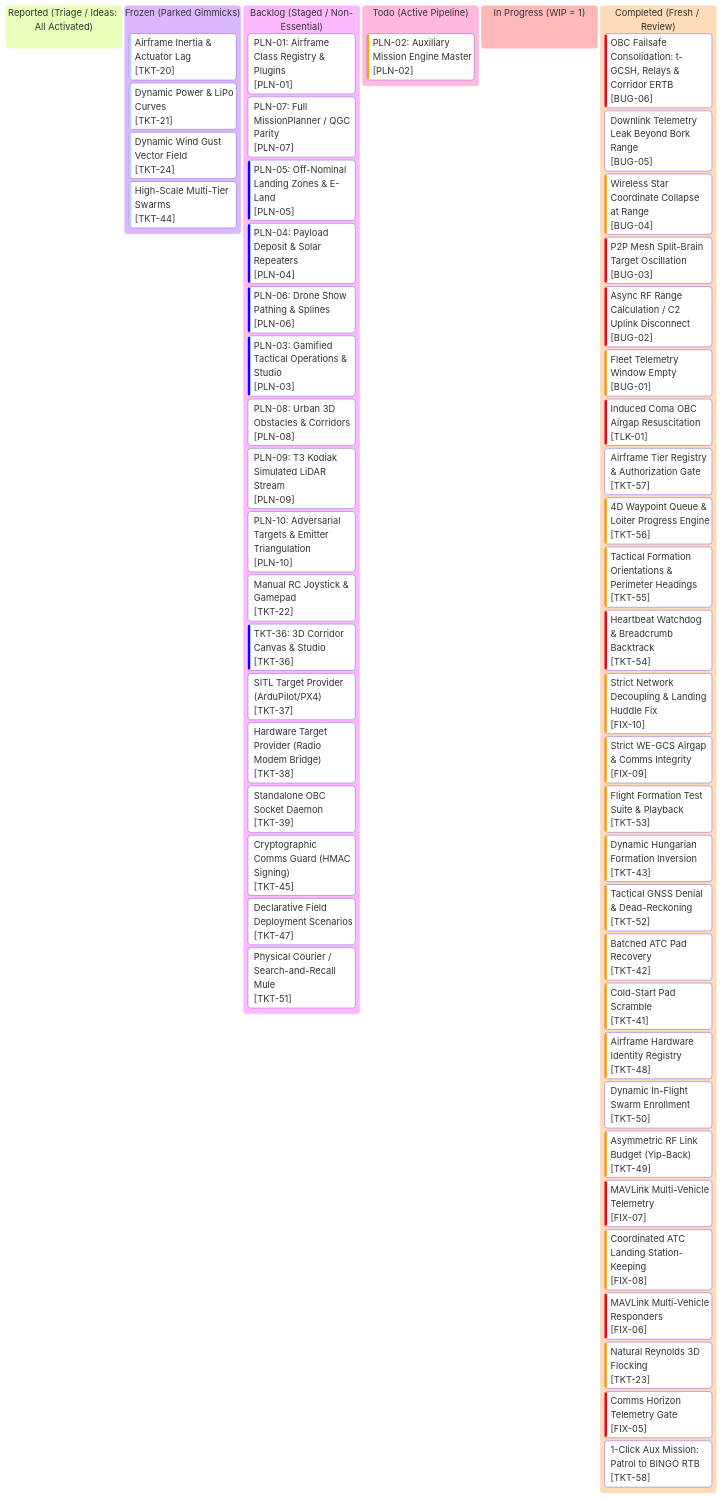
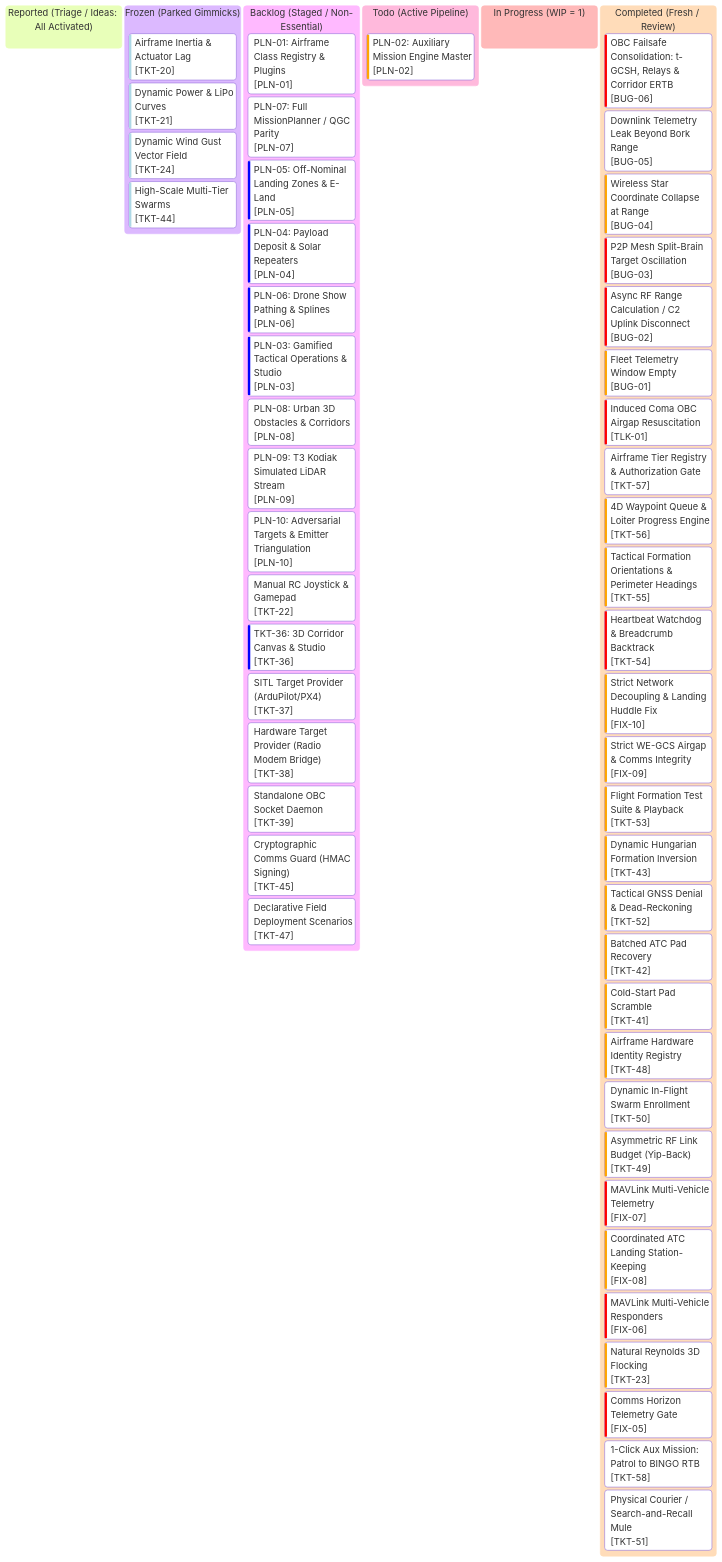
Before and after one commit to AlitheiaDeus/AlitheiaHive: the diagram in roadmap/kanban.md, drawn with Mermaid. The commit also changed other lines of this file and 12 other files, not shown here.

Commit message:
feat(c2): search-and-recall courier rescue mule to LKP (TKT-51)

````diff
--- a/roadmap/kanban.md
+++ b/roadmap/kanban.md
@@ -10,78 +10,78 @@
 ```mermaid
 %%{init: {
   'theme': 'base',
   'themeVariables': {
     'primaryColor': '#0d2235',
     'primaryTextColor': '#d4f4ff',
     'primaryBorderColor': '#00f0ff',
     'lineColor': '#00f0ff',
     'background': '#061019',
     'mainBkg': '#0a1926',
     'secondaryColor': '#081420',
     'secondaryTextColor': '#5a7e96',
     'secondaryBorderColor': '#134e6f',
     'tertiaryColor': '#0e263d',
     'tertiaryTextColor': '#00ffaa',
     'tertiaryBorderColor': '#00ffaa',
     'clusterBkg': '#081420',
     'clusterBorder': '#134e6f',
     'fontFamily': "'JetBrains Mono', 'Courier New', monospace"
   }
 }}%%
 kanban
   reported["Reported (Triage / Ideas: All Activated)"]
   frozen["Frozen (Parked Gimmicks)"]
     tkt20["Airframe Inertia & Actuator Lag"]@{ ticket: '[TKT-20]', priority: 'Very Low' }
     tkt21["Dynamic Power & LiPo Curves"]@{ ticket: '[TKT-21]', priority: 'Very Low' }
     tkt24["Dynamic Wind Gust Vector Field"]@{ ticket: '[TKT-24]', priority: 'Very Low' }
     tkt44["High-Scale Multi-Tier Swarms"]@{ ticket: '[TKT-44]', priority: 'Very Low' }
   backlog["Backlog (Staged / Non-Essential)"]
     pln01["PLN-01: Airframe Class Registry & Plugins"]@{ ticket: '[PLN-01]', priority: 'Medium' }
     pln07["PLN-07: Full MissionPlanner / QGC Parity"]@{ ticket: '[PLN-07]', priority: 'Medium' }
     pln05["PLN-05: Off-Nominal Landing Zones & E-Land"]@{ ticket: '[PLN-05]', priority: 'Low' }
     pln04["PLN-04: Payload Deposit & Solar Repeaters"]@{ ticket: '[PLN-04]', priority: 'Low' }
     pln06["PLN-06: Drone Show Pathing & Splines"]@{ ticket: '[PLN-06]', priority: 'Low' }
     pln03["PLN-03: Gamified Tactical Operations & Studio"]@{ ticket: '[PLN-03]', priority: 'Low' }
     pln08["PLN-08: Urban 3D Obstacles & Corridors"]@{ ticket: '[PLN-08]', priority: 'Medium' }
     pln09["PLN-09: T3 Kodiak Simulated LiDAR Stream"]@{ ticket: '[PLN-09]', priority: 'Medium' }
     pln10["PLN-10: Adversarial Targets & Emitter Triangulation"]@{ ticket: '[PLN-10]', priority: 'Medium' }
     tkt22["Manual RC Joystick & Gamepad"]@{ ticket: '[TKT-22]', priority: 'Medium' }
     tkt36["TKT-36: 3D Corridor Canvas & Studio"]@{ ticket: '[TKT-36]', priority: 'Low' }
     tkt37["SITL Target Provider (ArduPilot/PX4)"]@{ ticket: '[TKT-37]', priority: 'Medium' }
     tkt38["Hardware Target Provider (Radio Modem Bridge)"]@{ ticket: '[TKT-38]', priority: 'Medium' }
     tkt39["Standalone OBC Socket Daemon"]@{ ticket: '[TKT-39]', priority: 'Medium' }
     tkt45["Cryptographic Comms Guard (HMAC Signing)"]@{ ticket: '[TKT-45]', priority: 'Medium' }
     tkt47["Declarative Field Deployment Scenarios"]@{ ticket: '[TKT-47]', priority: 'Medium' }
-    tkt51["Physical Courier / Search-and-Recall Mule"]@{ ticket: '[TKT-51]', priority: 'Medium' }
   todo["Todo (Active Pipeline)"]
     pln02["PLN-02: Auxiliary Mission Engine Master"]@{ ticket: '[PLN-02]', priority: 'High' }
   in_progress["In Progress (WIP = 1)"]
   completed["Completed (Fresh / Review)"]
     bug06["OBC Failsafe Consolidation: t-GCSH, Relays & Corridor ERTB"]@{ ticket: '[BUG-06]', priority: 'Very High' }
     bug05["Downlink Telemetry Leak Beyond Bork Range"]@{ ticket: '[BUG-05]', priority: 'Medium' }
     bug04["Wireless Star Coordinate Collapse at Range"]@{ ticket: '[BUG-04]', priority: 'High' }
     bug03["P2P Mesh Split-Brain Target Oscillation"]@{ ticket: '[BUG-03]', priority: 'Very High' }
     bug02["Async RF Range Calculation / C2 Uplink Disconnect"]@{ ticket: '[BUG-02]', priority: 'Very High' }
     bug01["Fleet Telemetry Window Empty"]@{ ticket: '[BUG-01]', priority: 'High' }
     tlk01["Induced Coma OBC Airgap Resuscitation"]@{ ticket: '[TLK-01]', priority: 'Very High' }
     tkt57["Airframe Tier Registry & Authorization Gate"]@{ ticket: '[TKT-57]', priority: 'Medium' }
     tkt56["4D Waypoint Queue & Loiter Progress Engine"]@{ ticket: '[TKT-56]', priority: 'High' }
     tkt55["Tactical Formation Orientations & Perimeter Headings"]@{ ticket: '[TKT-55]', priority: 'High' }
     tkt54["Heartbeat Watchdog & Breadcrumb Backtrack"]@{ ticket: '[TKT-54]', priority: 'Very High' }
     fix10["Strict Network Decoupling & Landing Huddle Fix"]@{ ticket: '[FIX-10]', priority: 'High' }
     fix09["Strict WE-GCS Airgap & Comms Integrity"]@{ ticket: '[FIX-09]', priority: 'High' }
     tkt53["Flight Formation Test Suite & Playback"]@{ ticket: '[TKT-53]', priority: 'High' }
     tkt43["Dynamic Hungarian Formation Inversion"]@{ ticket: '[TKT-43]', priority: 'High' }
     tkt52["Tactical GNSS Denial & Dead-Reckoning"]@{ ticket: '[TKT-52]', priority: 'High' }
     tkt42["Batched ATC Pad Recovery"]@{ ticket: '[TKT-42]', priority: 'High' }
     tkt41["Cold-Start Pad Scramble"]@{ ticket: '[TKT-41]', priority: 'High' }
     tkt48["Airframe Hardware Identity Registry"]@{ ticket: '[TKT-48]', priority: 'High' }
     tkt50["Dynamic In-Flight Swarm Enrollment"]@{ ticket: '[TKT-50]', priority: 'Medium' }
     tkt49["Asymmetric RF Link Budget (Yip-Back)"]@{ ticket: '[TKT-49]', priority: 'High' }
     fix07["MAVLink Multi-Vehicle Telemetry"]@{ ticket: '[FIX-07]', priority: 'Very High' }
     fix08["Coordinated ATC Landing Station-Keeping"]@{ ticket: '[FIX-08]', priority: 'High' }
     fix06["MAVLink Multi-Vehicle Responders"]@{ ticket: '[FIX-06]', priority: 'Very High' }
     tkt23["Natural Reynolds 3D Flocking"]@{ ticket: '[TKT-23]', priority: 'High' }
     fix05["Comms Horizon Telemetry Gate"]@{ ticket: '[FIX-05]', priority: 'Very High' }
     tkt58["1-Click Aux Mission: Patrol to BINGO RTB"]@{ ticket: '[TKT-58]', priority: 'Medium' }
+    tkt51["Physical Courier / Search-and-Recall Mule"]@{ ticket: '[TKT-51]', priority: 'Medium' }
 ```
````
